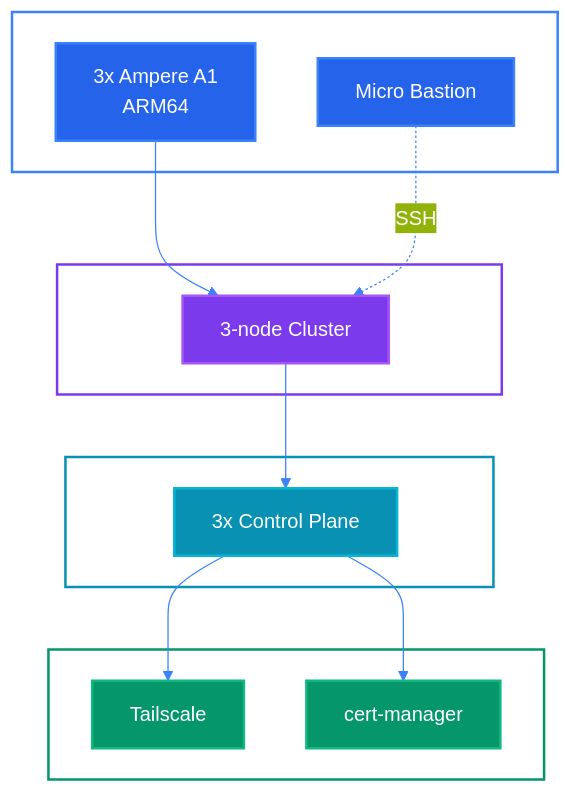
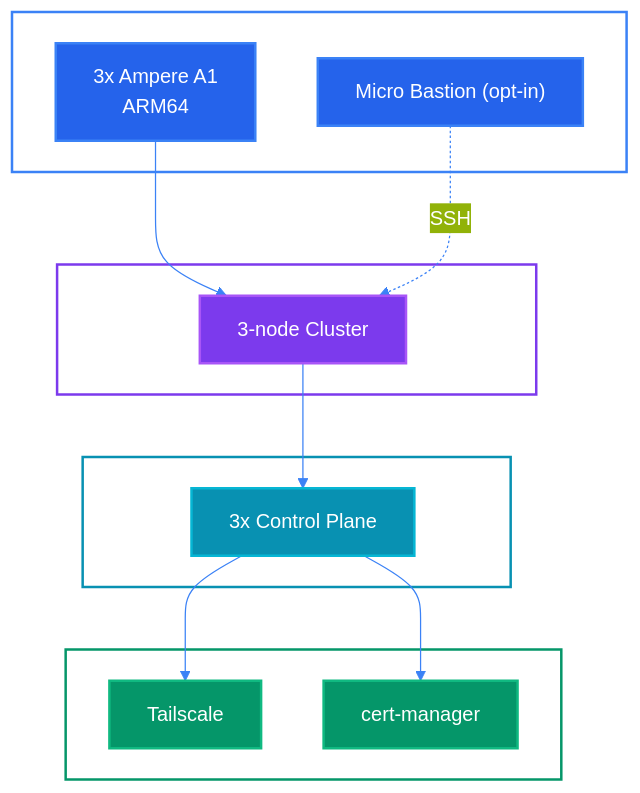
One commit to syscode-labs/oci-free-tier-manager changed the fifth of 13 diagrams in docs/ARCHITECTURE-DIAGRAMS.md. Above: the diagram before and after it, drawn with Mermaid. The commit also changed other lines of this file and 25 other files, not shown here.

````diff
--- a/docs/ARCHITECTURE-DIAGRAMS.md
+++ b/docs/ARCHITECTURE-DIAGRAMS.md
@@ -158,38 +158,38 @@
 ```mermaid
 %%{init: {'theme':'base', 'themeVariables': { 'primaryColor':'#0891b2','primaryTextColor':'#fff','primaryBorderColor':'#06b6d4','lineColor':'#3b82f6','textColor':'#fff'}}}%%
 graph TB
     subgraph OCI["OCI Infrastructure"]
         Ampere["3x Ampere A1<br/>ARM64"]
-        Bastion["Micro Bastion"]
+        Bastion["Micro Bastion (opt-in)"]
     end
-    
+
     subgraph Proxmox["Proxmox + Ceph"]
         PVE["3-node Cluster"]
     end
-    
+
     subgraph Talos["Talos K8s"]
         CP["3x Control Plane"]
     end
-    
+
     subgraph Apps["Applications"]
         TS["Tailscale"]
         CM["cert-manager"]
     end
-    
+
     Ampere --> PVE
     PVE --> CP
     CP --> TS
     CP --> CM
     Bastion -.SSH.-> PVE
-    
+
     style Ampere fill:#2563eb,stroke:#3b82f6,stroke-width:2px,color:#fff
     style Bastion fill:#2563eb,stroke:#3b82f6,stroke-width:2px,color:#fff
     style PVE fill:#7c3aed,stroke:#a855f7,stroke-width:2px,color:#fff
     style CP fill:#0891b2,stroke:#06b6d4,stroke-width:2px,color:#fff
     style TS fill:#059669,stroke:#10b981,stroke-width:2px,color:#fff
     style CM fill:#059669,stroke:#10b981,stroke-width:2px,color:#fff
     style OCI fill:transparent,stroke:#3b82f6,stroke-width:2px,color:#fff
     style Proxmox fill:transparent,stroke:#7c3aed,stroke-width:2px,color:#fff
     style Talos fill:transparent,stroke:#0891b2,stroke-width:2px,color:#fff
     style Apps fill:transparent,stroke:#059669,stroke-width:2px,color:#fff
 ```
````
